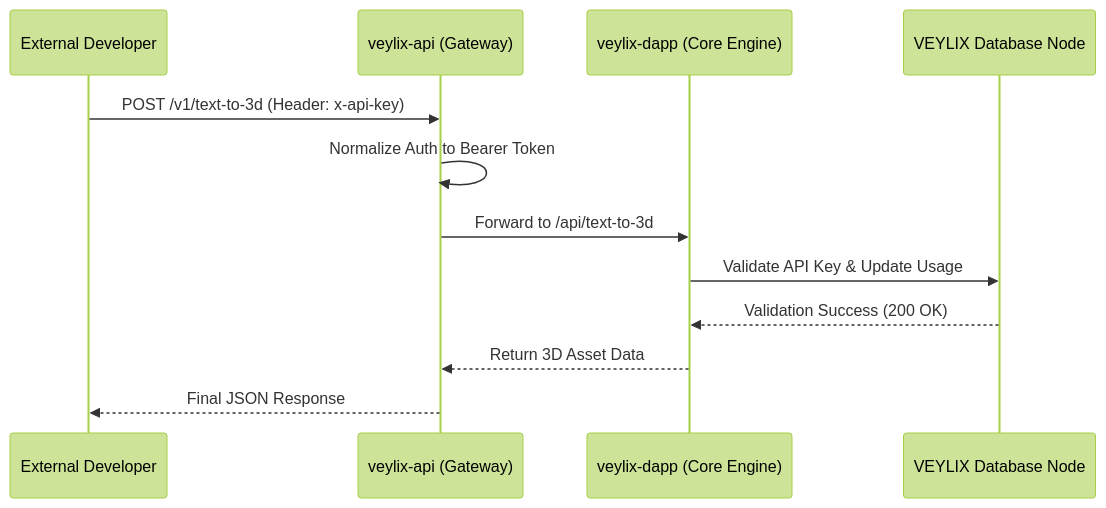
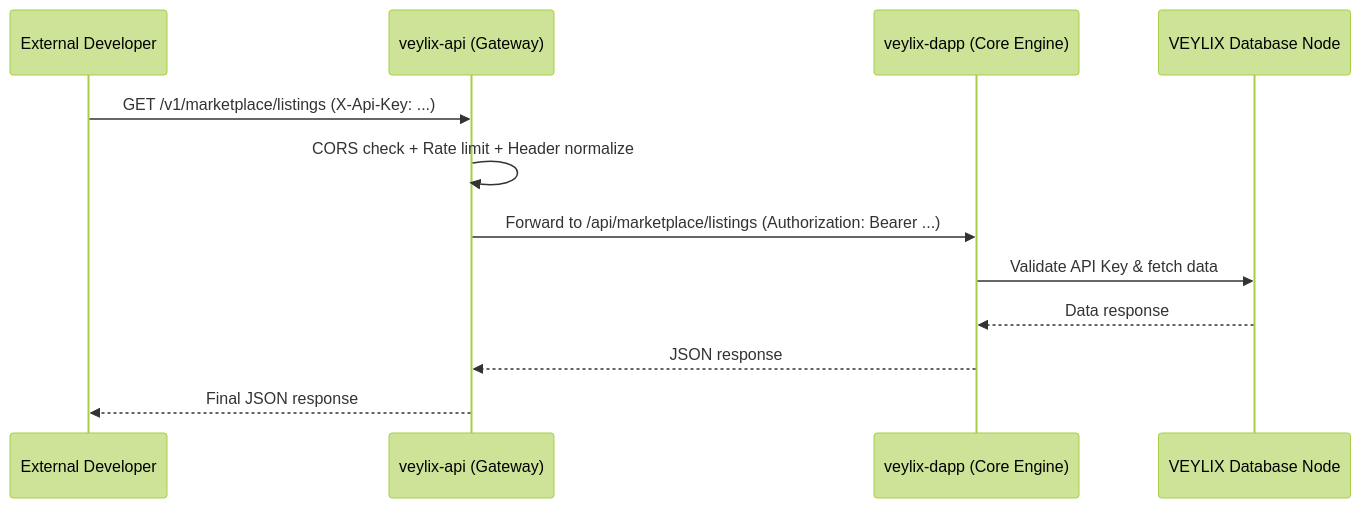
The diagram in README.md (VeylixLabs/veylix-api), drawn with Mermaid (forest theme) before and after one commit. The commit also changed other lines of this file and 9 other files, not shown here.

````diff
--- a/README.md
+++ b/README.md
@@ -36,15 +43,15 @@
 ```mermaid
 sequenceDiagram
     participant Client as External Developer
     participant Gateway as veylix-api (Gateway)
     participant DApp as veylix-dapp (Core Engine)
     participant DB as VEYLIX Database Node
 
-    Client->>Gateway: POST /v1/text-to-3d (Header: x-api-key)
-    Gateway->>Gateway: Normalize Auth to Bearer Token
-    Gateway->>DApp: Forward to /api/text-to-3d
-    DApp->>DB: Validate API Key & Update Usage
-    DB-->>DApp: Validation Success (200 OK)
-    DApp-->>Gateway: Return 3D Asset Data
-    Gateway-->>Client: Final JSON Response
+    Client->>Gateway: GET /v1/marketplace/listings (X-Api-Key: ...)
+    Gateway->>Gateway: CORS check + Rate limit + Header normalize
+    Gateway->>DApp: Forward to /api/marketplace/listings (Authorization: Bearer ...)
+    DApp->>DB: Validate API Key & fetch data
+    DB-->>DApp: Data response
+    DApp-->>Gateway: JSON response
+    Gateway-->>Client: Final JSON response
 ```
````
